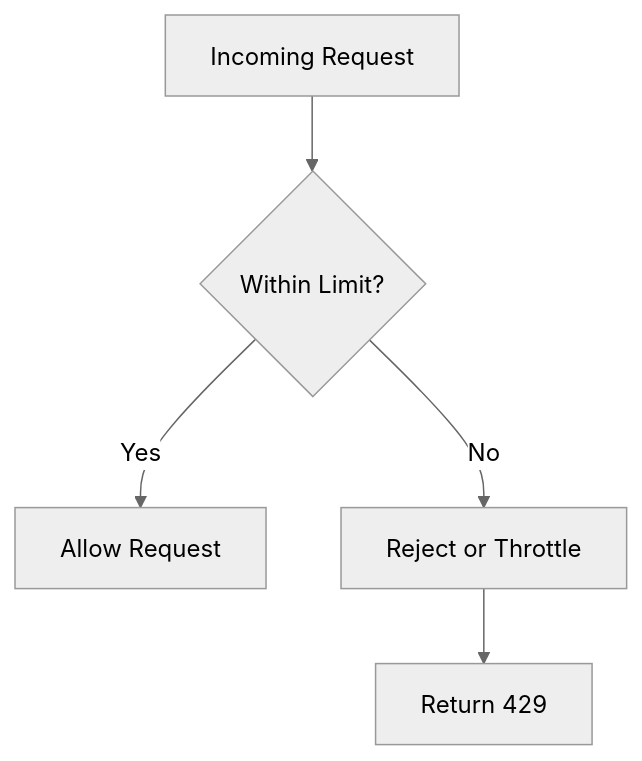
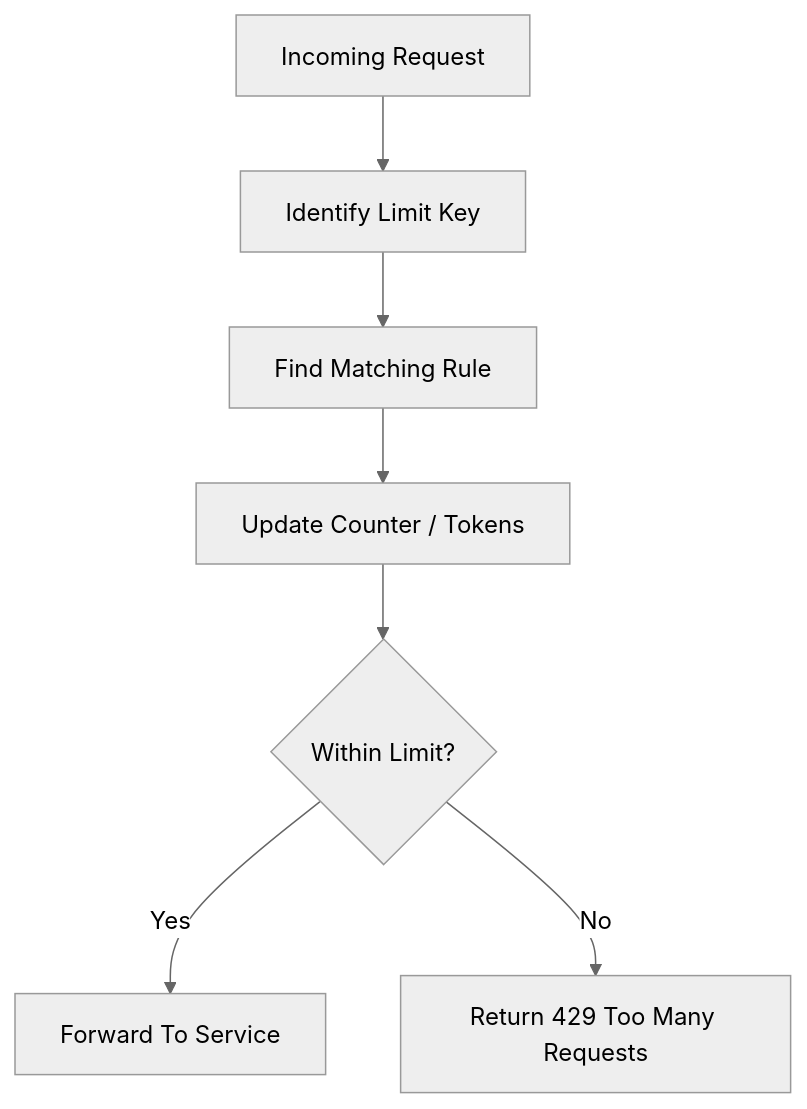
The second of 8 diagrams in 01-fundamentals/ratelimiter.md (shivi11sep/scalable-system-design), drawn with Mermaid (neutral theme) before and after one commit. The commit also changed other lines of this file, not shown here.

````diff
--- a/01-fundamentals/ratelimiter.md
+++ b/01-fundamentals/ratelimiter.md
@@ -47,7 +125,9 @@
 ```mermaid
 flowchart TD
-    A[Incoming Request] --> B{Within Limit?}
-    B -->|Yes| C[Allow Request]
-    B -->|No| D[Reject or Throttle]
-    D --> E[Return 429]
+    A[Incoming Request] --> B[Identify Limit Key]
+    B --> C[Find Matching Rule]
+    C --> D[Update Counter / Tokens]
+    D --> E{Within Limit?}
+    E -->|Yes| F[Forward To Service]
+    E -->|No| G[Return 429 Too Many Requests]
 ```
````
